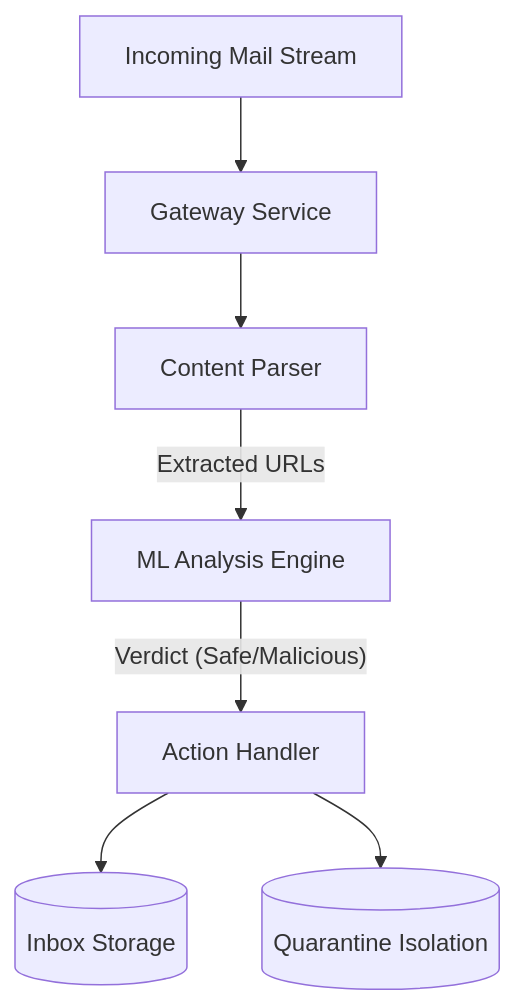
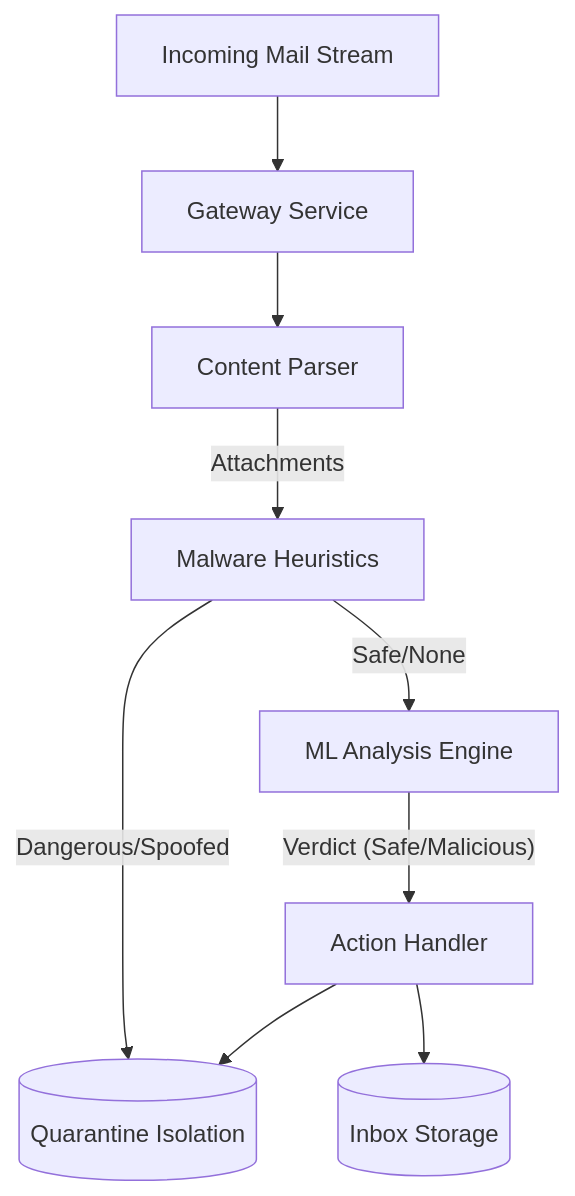
The diagram in DESIGN.md (PranavWorksInCode/emailsecurity), drawn with Mermaid before and after one commit. The commit also changed other lines of this file and 1 other file, not shown here.

Commit message:
added malware detection system

````diff
--- a/DESIGN.md
+++ b/DESIGN.md
@@ -14,9 +16,11 @@
 ```mermaid
 graph TD
     User[Incoming Mail Stream] --> Gateway[Gateway Service]
     Gateway --> Parser[Content Parser]
-    Parser -- Extracted URLs --> Predictor[ML Analysis Engine]
+    Parser -- Attachments --> Heuristics[Malware Heuristics]
+    Heuristics -- "Dangerous/Spoofed" --> Quarantine
+    Heuristics -- "Safe/None" --> Predictor[ML Analysis Engine]
     Predictor -- Verdict (Safe/Malicious) --> Router[Action Handler]
     Router --> Inbox[(Inbox Storage)]
     Router --> Quarantine[(Quarantine Isolation)]
 ```
````
